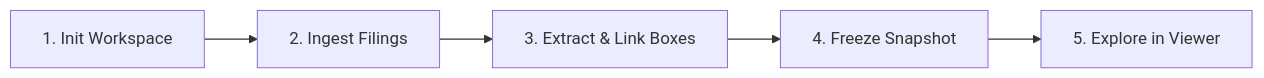
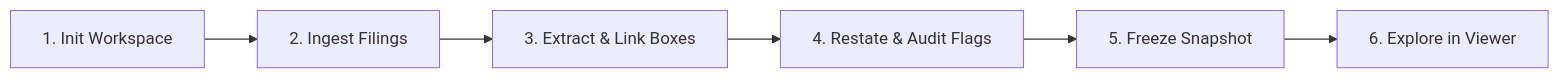
Before and after one commit to GoCarbonTracker/go-carbon-tracker: the second of 2 diagrams in README.md, drawn with Mermaid. The commit also changed other lines of this file, not shown here.

Commit message:
docs: document gct restate and gct flag propose auditor copilot in README

````diff
--- a/README.md
+++ b/README.md
@@ -57,7 +57,8 @@
 ```mermaid
 flowchart LR
     A["1. Init Workspace"] --> B["2. Ingest Filings"]
     B --> C["3. Extract & Link Boxes"]
-    C --> D["4. Freeze Snapshot"]
-    D --> E["5. Explore in Viewer"]
+    C --> D["4. Restate & Audit Flags"]
+    D --> E["5. Freeze Snapshot"]
+    E --> F["6. Explore in Viewer"]
 ```
````
